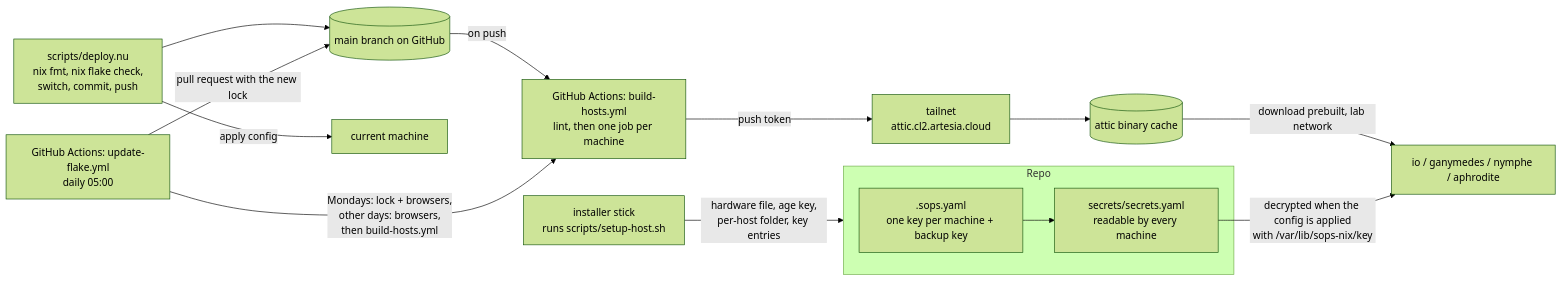
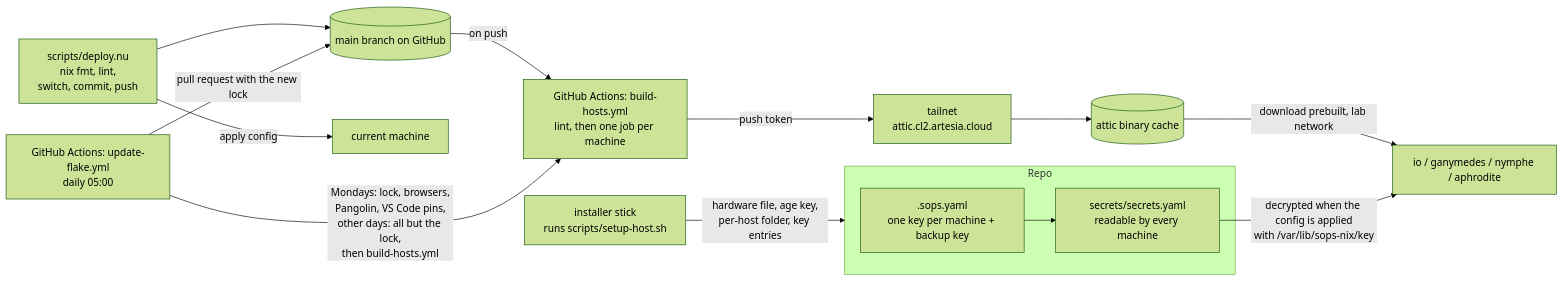
The second of 2 diagrams in docs/structure.md (68656c6c/celestial), drawn with Mermaid (forest theme) before and after one commit. The commit also changed other lines of this file and 2 other files, not shown here.

Commit message:
docs: deploy lints only, what the daily update covers; ignore .claude

````diff
--- a/docs/structure.md
+++ b/docs/structure.md
@@ -97,22 +97,22 @@
 ```mermaid
 flowchart LR
     subgraph repo["Repo"]
         sopscfg[".sops.yaml<br/>one key per machine + backup key"]
         secrets["secrets/secrets.yaml<br/>readable by every machine"]
         sopscfg --> secrets
     end
 
     setup["installer stick<br/>runs scripts/setup-host.sh"] -->|"hardware file, age key,<br/>per-host folder, key entries"| repo
 
-    deploy["scripts/deploy.nu<br/>nix fmt, nix flake check,<br/>switch, commit, push"] --> main[("main branch on GitHub")]
+    deploy["scripts/deploy.nu<br/>nix fmt, lint,<br/>switch, commit, push"] --> main[("main branch on GitHub")]
     deploy -->|"apply config"| local["current machine"]
 
     main -->|"on push"| ci["GitHub Actions: build-hosts.yml<br/>lint, then one job per machine"]
     ci -->|"push token"| pangolin["tailnet<br/>attic.cl2.artesia.cloud"]
     pangolin --> attic[("attic binary cache")]
-    upd["GitHub Actions: update-flake.yml<br/>daily 05:00"] -->|"Mondays: lock + browsers,<br/>other days: browsers,<br/>then build-hosts.yml"| ci
+    upd["GitHub Actions: update-flake.yml<br/>daily 05:00"] -->|"Mondays: lock, browsers,<br/>Pangolin, VS Code pins,<br/>other days: all but the lock,<br/>then build-hosts.yml"| ci
     upd -->|"pull request with the new lock"| main
 
     attic -->|"download prebuilt, lab network"| hostsbox["io / ganymedes / nymphe / aphrodite"]
     secrets -->|"decrypted when the config is applied<br/>with /var/lib/sops-nix/key"| hostsbox
 ```
````
